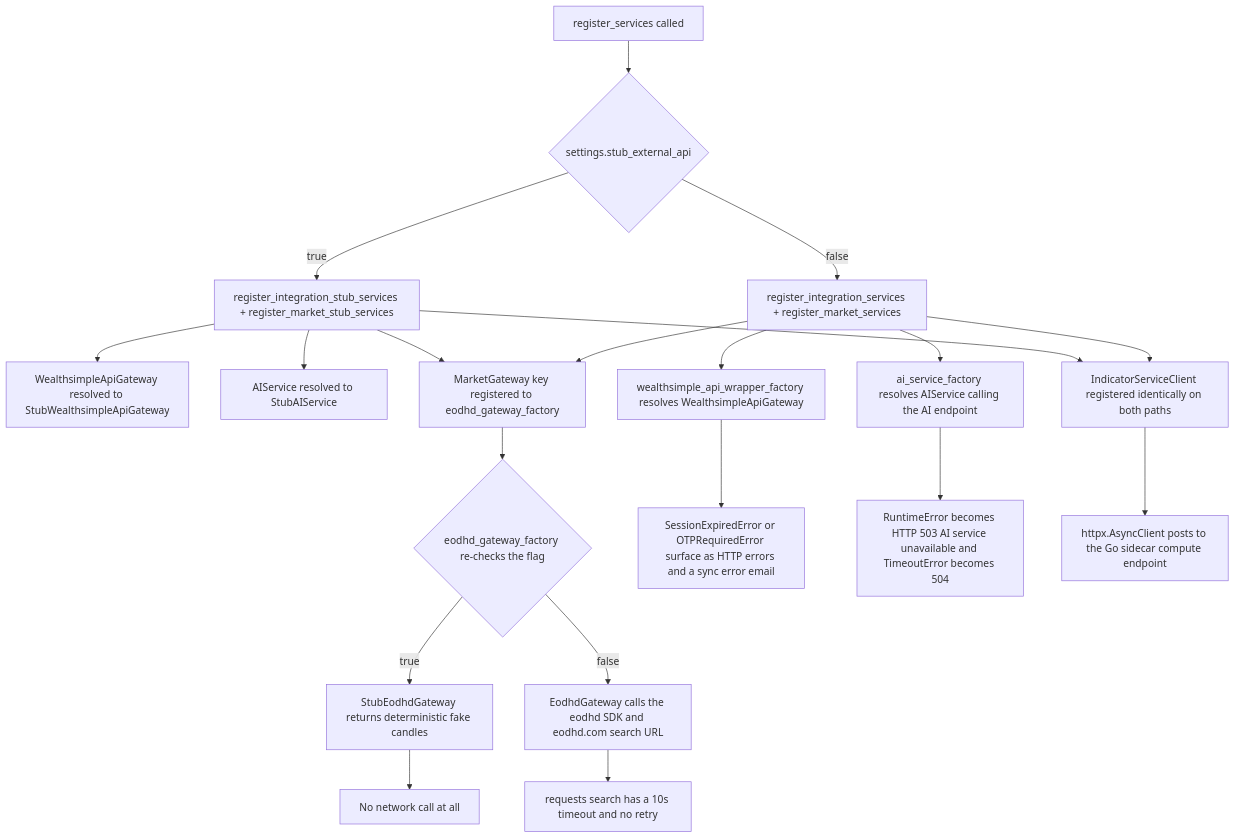
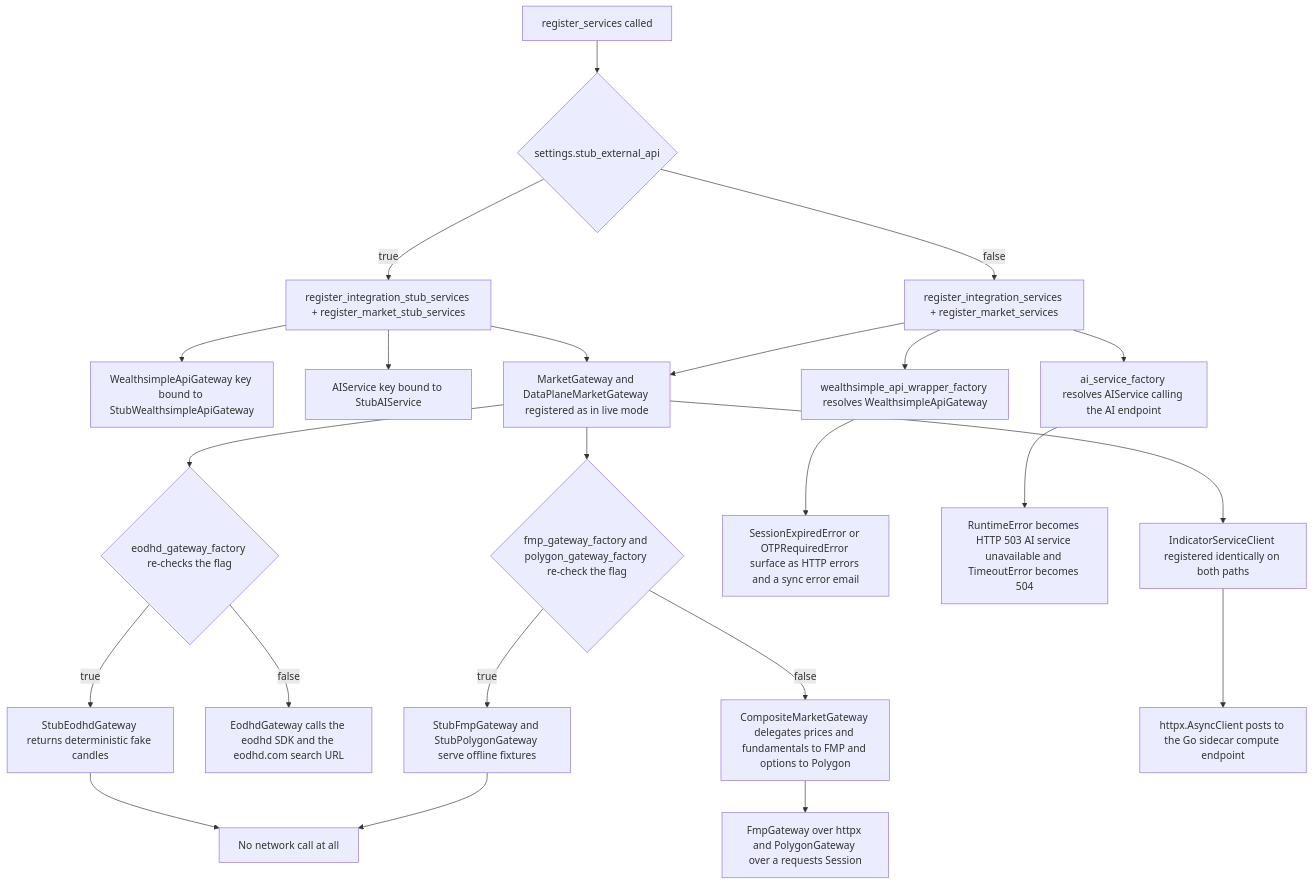
Before and after one commit to havekes/retail-portfolio: the diagram in openwiki/integrations/external-services.md, drawn with Mermaid. The commit also changed other lines of this file and 57 other files, not shown here.

````diff
--- a/openwiki/integrations/external-services.md
+++ b/openwiki/integrations/external-services.md
@@ -166,22 +221,25 @@
 ```mermaid
 flowchart TD
     A["register_services called"] --> B{"settings.stub_external_api"}
     B -->|"true"| C["register_integration_stub_services + register_market_stub_services"]
     B -->|"false"| D["register_integration_services + register_market_services"]
-    C --> E["WealthsimpleApiGateway resolved to StubWealthsimpleApiGateway"]
-    C --> F["AIService resolved to StubAIService"]
+    C --> E["WealthsimpleApiGateway key bound to StubWealthsimpleApiGateway"]
+    C --> F["AIService key bound to StubAIService"]
     D --> G["wealthsimple_api_wrapper_factory resolves WealthsimpleApiGateway"]
     D --> H["ai_service_factory resolves AIService calling the AI endpoint"]
-    C --> I["MarketGateway key registered to eodhd_gateway_factory"]
+    C --> I["MarketGateway and DataPlaneMarketGateway registered as in live mode"]
     D --> I
     I --> J{"eodhd_gateway_factory re-checks the flag"}
-    J -->|"true"| K["StubEodhdGateway returns deterministic fake candles"]
-    J -->|"false"| L["EodhdGateway calls the eodhd SDK and eodhd.com search URL"]
-    G --> M["SessionExpiredError or OTPRequiredError surface as HTTP errors and a sync error email"]
-    H --> N["RuntimeError becomes HTTP 503 AI service unavailable and TimeoutError becomes 504"]
-    L --> O["requests search has a 10s timeout and no retry"]
-    K --> P["No network call at all"]
-    C --> Q["IndicatorServiceClient registered identically on both paths"]
-    D --> Q
-    Q --> R["httpx.AsyncClient posts to the Go sidecar compute endpoint"]
+    I --> K{"fmp_gateway_factory and polygon_gateway_factory re-check the flag"}
+    J -->|"true"| L["StubEodhdGateway returns deterministic fake candles"]
+    J -->|"false"| M["EodhdGateway calls the eodhd SDK and the eodhd.com search URL"]
+    K -->|"true"| N["StubFmpGateway and StubPolygonGateway serve offline fixtures"]
+    K -->|"false"| O["CompositeMarketGateway delegates prices and fundamentals to FMP and options to Polygon"]
+    O --> P["FmpGateway over httpx and PolygonGateway over a requests Session"]
+    L --> Q["No network call at all"]
+    N --> Q
+    G --> R["SessionExpiredError or OTPRequiredError surface as HTTP errors and a sync error email"]
+    H --> S["RuntimeError becomes HTTP 503 AI service unavailable and TimeoutError becomes 504"]
+    I --> T["IndicatorServiceClient registered identically on both paths"]
+    T --> U["httpx.AsyncClient posts to the Go sidecar compute endpoint"]
 ```
````
